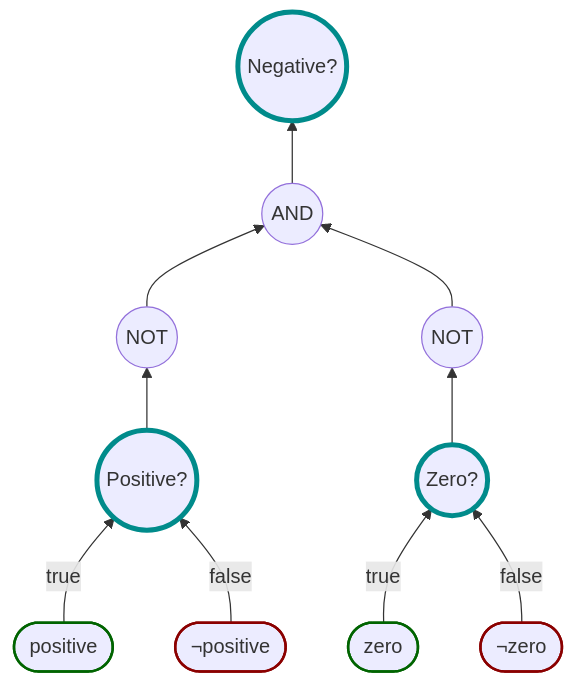
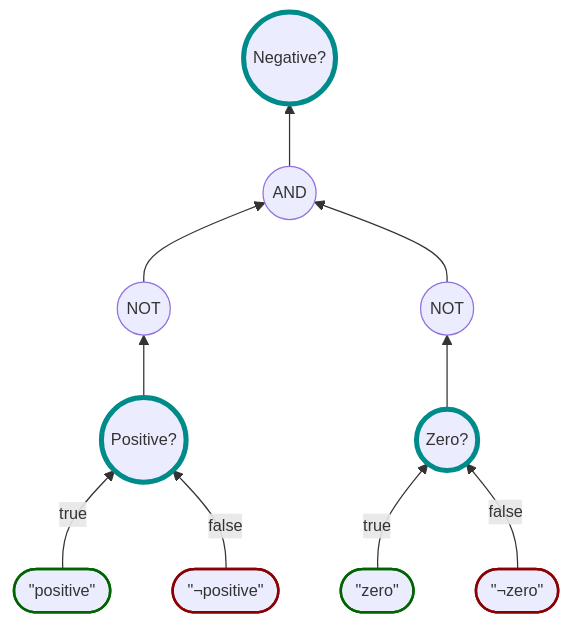
One commit to karlssberg/Motiv changed the diagram in tutorial/Operations.md. Above: the diagram before and after it, drawn with Mermaid. The commit also changed other lines of this file and 161 other files, not shown here.

Commit message:
Added policy fluent builder methods/propositions that permit accessing the BooleanResultBase in the WhenTrue/WhenFalse/WhenTrueYield/WhenFalseYield Deprecated the Metadata property for a property called Values.

````diff
--- a/tutorial/Operations.md
+++ b/tutorial/Operations.md
@@ -6,20 +15,21 @@
 ```mermaid
+%%{init: { 'themeVariables': { 'fontSize': '13px' }}}%%
 flowchart BT
     And((AND)) --> P((Negative?))
     NotPositive((NOT)) --> And((AND))
     NotZero((NOT)) --> And
     IsPositive((Positive?)) --> NotPositive
     IsZero((Zero?)) --> NotZero
-    TrueIsPositive([positive]) -->|true| IsPositive
-    FalseIsPositive([¬positive]) -->|false| IsPositive
-    TrueIsZero([zero]) -->|true| IsZero
-    FalseIsZero([¬zero]) -->|false| IsZero
+    TrueIsPositive(["&quot;positive&quot;"]) -->|true| IsPositive
+    FalseIsPositive(["&quot;¬positive&quot;"]) -->|false| IsPositive
+    TrueIsZero(["&quot;zero&quot;"]) -->|true| IsZero
+    FalseIsZero(["&quot;¬zero&quot;"]) -->|false| IsZero
 
     style P stroke:darkcyan,stroke-width:4px
     style IsPositive stroke:darkcyan,stroke-width:4px
     style IsZero stroke:darkcyan,stroke-width:4px
     style TrueIsZero stroke:darkgreen,stroke-width:2px
     style FalseIsZero stroke:darkred,stroke-width:2px
     style TrueIsPositive stroke:darkgreen,stroke-width:2px
     style FalseIsPositive stroke:darkred,stroke-width:2px
 ```
````
